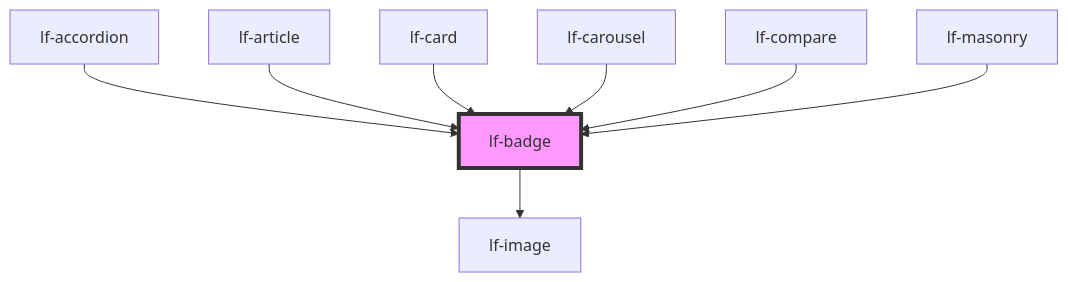
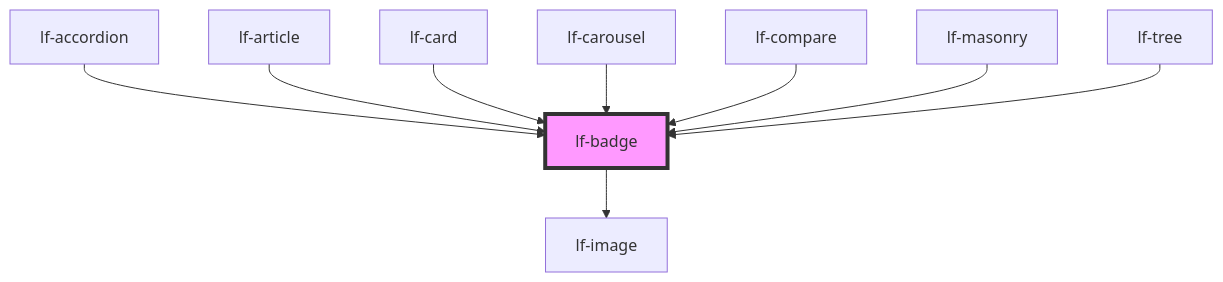
The diagram in packages/core/src/components/lf-badge/readme.md (lucafoscili/lf-widgets), drawn with Mermaid before and after one commit. The commit also changed other lines of this file and 17 other files, not shown here.

````diff
--- a/packages/core/src/components/lf-badge/readme.md
+++ b/packages/core/src/components/lf-badge/readme.md
@@ -114,11 +115,12 @@
 ```mermaid
 graph TD;
   lf-badge --> lf-image
   lf-accordion --> lf-badge
   lf-article --> lf-badge
   lf-card --> lf-badge
   lf-carousel --> lf-badge
   lf-compare --> lf-badge
   lf-masonry --> lf-badge
+  lf-tree --> lf-badge
   style lf-badge fill:#f9f,stroke:#333,stroke-width:4px
 ```
````
